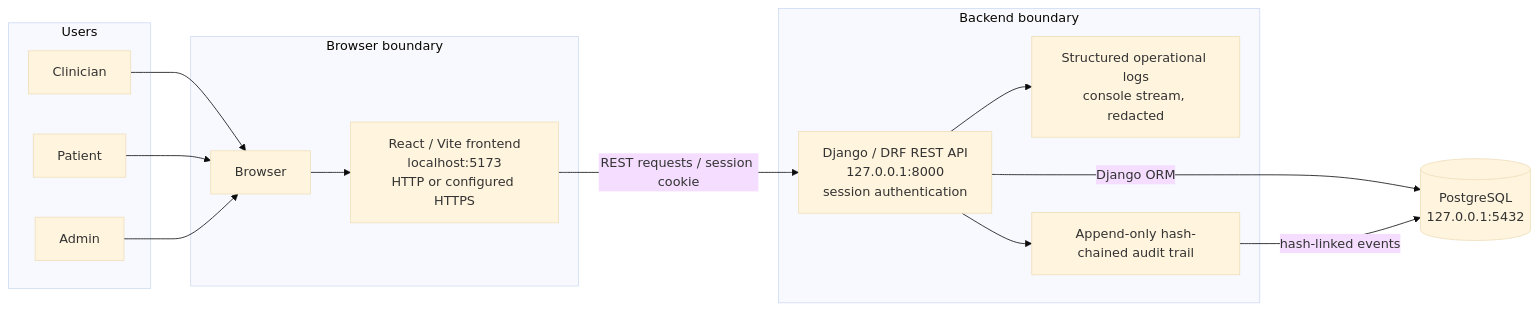
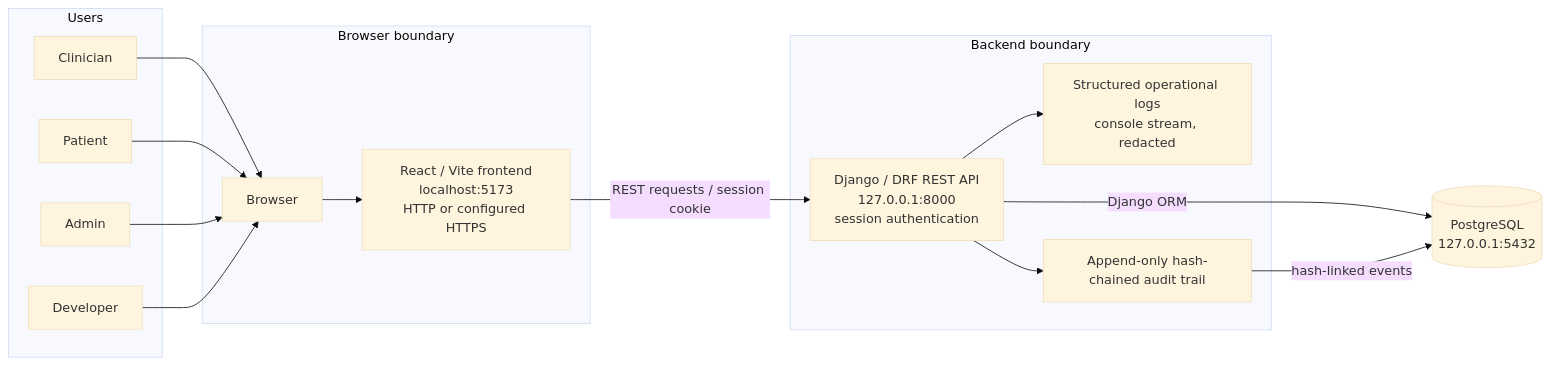
The first of 3 diagrams in README.md (mauricechesteraguda/ehr), drawn with Mermaid (base theme) before and after one commit. The commit also changed other lines of this file and 44 other files, not shown here.

````diff
--- a/README.md
+++ b/README.md
@@ -24,31 +27,33 @@
 ```mermaid
 flowchart LR
     subgraph Actors[Users]
         Clinician[Clinician]
-        Patient[Patient]
-        Admin[Admin]
+         Patient[Patient]
+         Admin[Admin]
+         Developer[Developer]
     end
 
     subgraph Frontend[Browser boundary]
         Browser[Browser]
         Vite[React / Vite frontend<br/>localhost:5173<br/>HTTP or configured HTTPS]
     end
 
     subgraph Backend[Backend boundary]
         API[Django / DRF REST API<br/>127.0.0.1:8000<br/>session authentication]
         Logs[Structured operational logs<br/>console stream, redacted]
         Audit[Append-only hash-chained audit trail]
     end
 
     DB[(PostgreSQL<br/>127.0.0.1:5432)]
 
     Clinician --> Browser
     Patient --> Browser
-    Admin --> Browser
+     Admin --> Browser
+     Developer --> Browser
     Browser --> Vite
     Vite -->|REST requests / session cookie| API
     API -->|Django ORM| DB
     API --> Logs
     API --> Audit
     Audit -->|hash-linked events| DB
 ```
````
